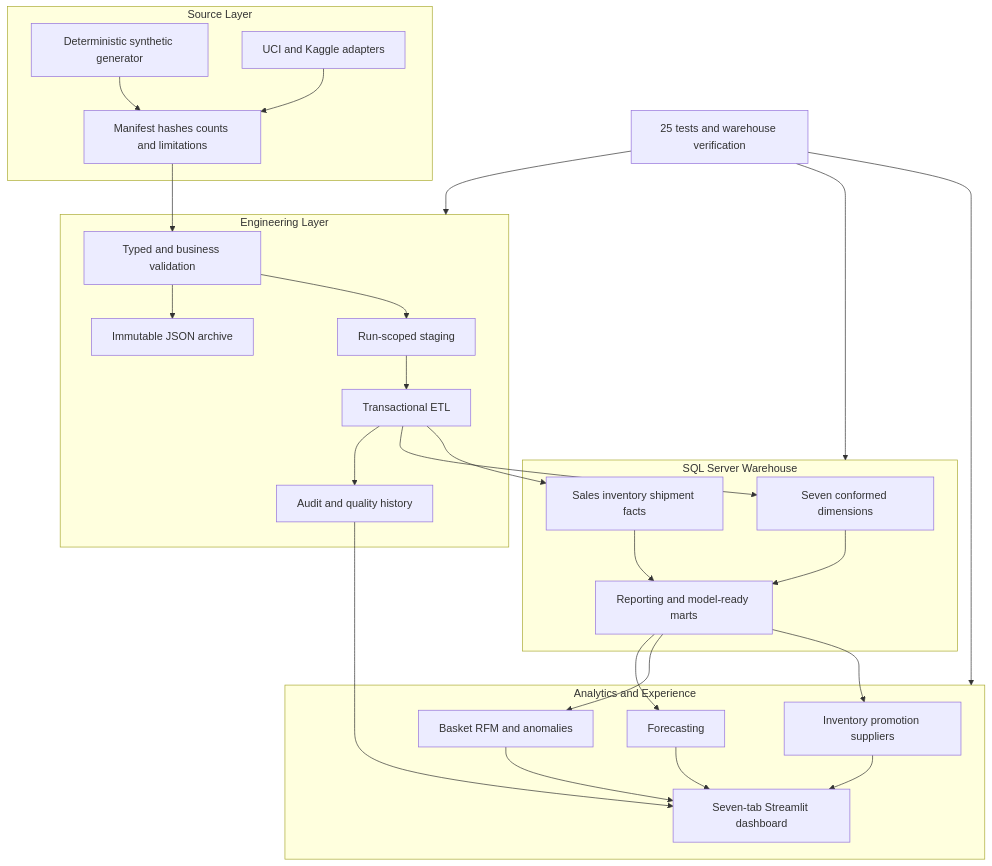
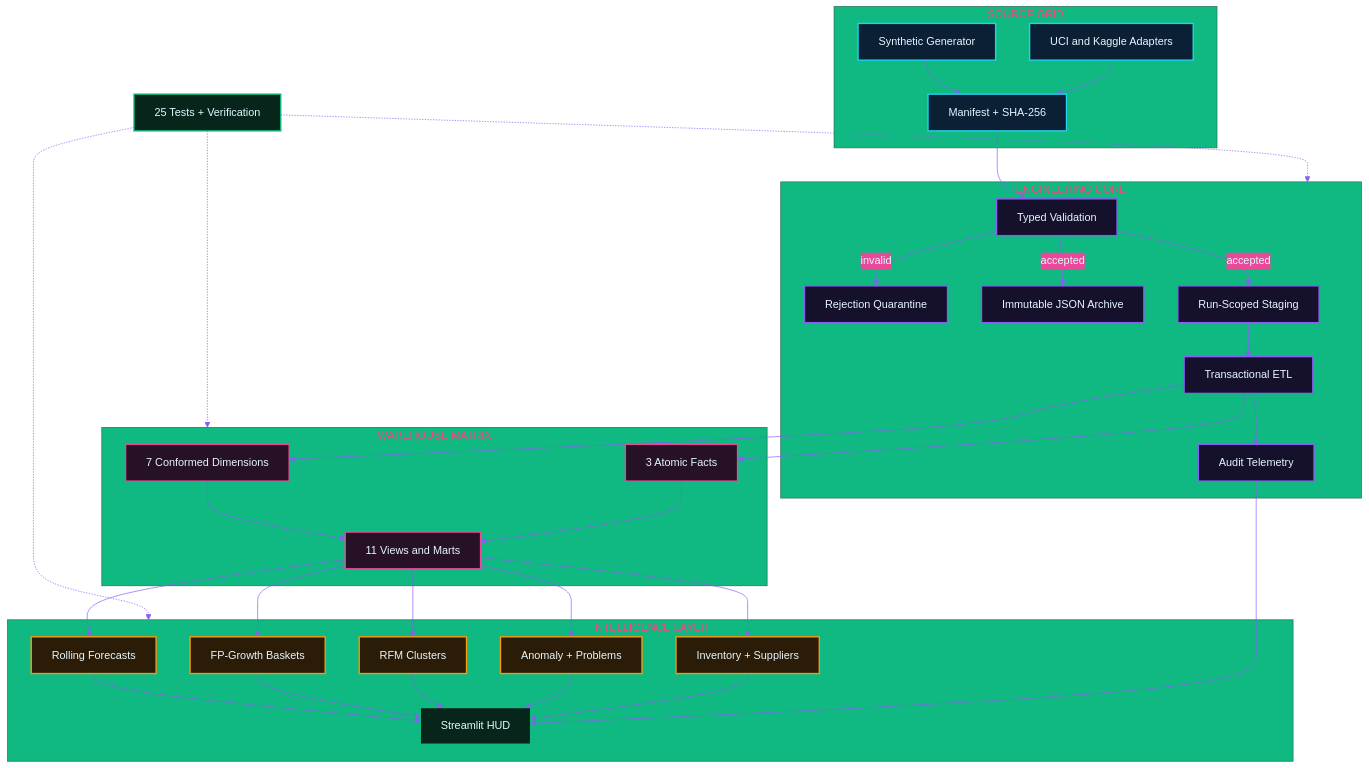
Before and after one commit to manikanta-manjunath/retail-intelligence-data-warehouse: the first of 2 diagrams in README.md, drawn with Mermaid. The commit also changed other lines of this file and 13 other files, not shown here.

````diff
--- a/README.md
+++ b/README.md
@@ -170,51 +224,71 @@
 ```mermaid
+%%{init: {'theme':'base','themeVariables': {'background':'#07111F','primaryColor':'#0B1F35','primaryTextColor':'#E6F7FF','primaryBorderColor':'#22D3EE','lineColor':'#8B5CF6','secondaryColor':'#EC4899','tertiaryColor':'#10B981','fontFamily':'monospace'}}}%%
 flowchart TB
-    subgraph S[Source Layer]
-        GEN[Deterministic synthetic generator]
-        PUB[UCI and Kaggle adapters]
-        MAN[Manifest hashes counts and limitations]
+    subgraph SRC["SOURCE GRID"]
+        GEN["Synthetic Generator"]
+        PUB["UCI and Kaggle Adapters"]
+        MAN["Manifest + SHA-256"]
         GEN --> MAN
         PUB --> MAN
     end
 
-    subgraph E[Engineering Layer]
-        VAL[Typed and business validation]
-        ARC[Immutable JSON archive]
-        STG[Run-scoped staging]
-        ETL[Transactional ETL]
-        AUD[Audit and quality history]
+    subgraph ENG["ENGINEERING CORE"]
+        VAL["Typed Validation"]
+        REJ["Rejection Quarantine"]
+        ARC["Immutable JSON Archive"]
+        STG["Run-Scoped Staging"]
+        ETL["Transactional ETL"]
+        AUD["Audit Telemetry"]
         MAN --> VAL
-        VAL --> ARC
-        VAL --> STG
+        VAL -->|invalid| REJ
+        VAL -->|accepted| ARC
+        VAL -->|accepted| STG
         STG --> ETL
         ETL --> AUD
     end
 
-    subgraph W[SQL Server Warehouse]
-        DIM[Seven conformed dimensions]
-        FACT[Sales inventory shipment facts]
-        MART[Reporting and model-ready marts]
+    subgraph DW["WAREHOUSE MATRIX"]
+        DIM["7 Conformed Dimensions"]
+        FACT["3 Atomic Facts"]
+        MART["11 Views and Marts"]
         ETL --> DIM
         ETL --> FACT
         DIM --> MART
         FACT --> MART
     end
 
-    subgraph A[Analytics and Experience]
-        FC[Forecasting]
-        MINING[Basket RFM and anomalies]
-        OPS[Inventory promotion suppliers]
-        DASH[Seven-tab Streamlit dashboard]
+    subgraph AI["INTELLIGENCE LAYER"]
+        FC["Rolling Forecasts"]
+        MB["FP-Growth Baskets"]
+        RFM["RFM Clusters"]
+        AN["Anomaly + Problems"]
+        OPS["Inventory + Suppliers"]
+        DASH["Streamlit HUD"]
         MART --> FC
-        MART --> MINING
+        MART --> MB
+        MART --> RFM
+        MART --> AN
         MART --> OPS
         FC --> DASH
-        MINING --> DASH
+        MB --> DASH
+        RFM --> DASH
+        AN --> DASH
         OPS --> DASH
         AUD --> DASH
     end
 
-    TEST[25 tests and warehouse verification] --> E
-    TEST --> W
-    TEST --> A
+    QA["25 Tests + Verification"] -.-> ENG
+    QA -.-> DW
+    QA -.-> AI
+
+    classDef cyan fill:#0B1F35,stroke:#22D3EE,color:#E6F7FF,stroke-width:2px;
+    classDef violet fill:#15112C,stroke:#8B5CF6,color:#E6F7FF,stroke-width:2px;
+    classDef magenta fill:#261127,stroke:#EC4899,color:#E6F7FF,stroke-width:2px;
+    classDef amber fill:#2B1C08,stroke:#F59E0B,color:#E6F7FF,stroke-width:2px;
+    classDef green fill:#08251C,stroke:#10B981,color:#E6F7FF,stroke-width:2px;
+    class GEN,PUB,MAN cyan;
+    class VAL,REJ,ARC,STG,ETL,AUD violet;
+    class DIM,FACT,MART magenta;
+    class FC,MB,RFM,AN,OPS amber;
+    class DASH,QA green;
 ```
````
